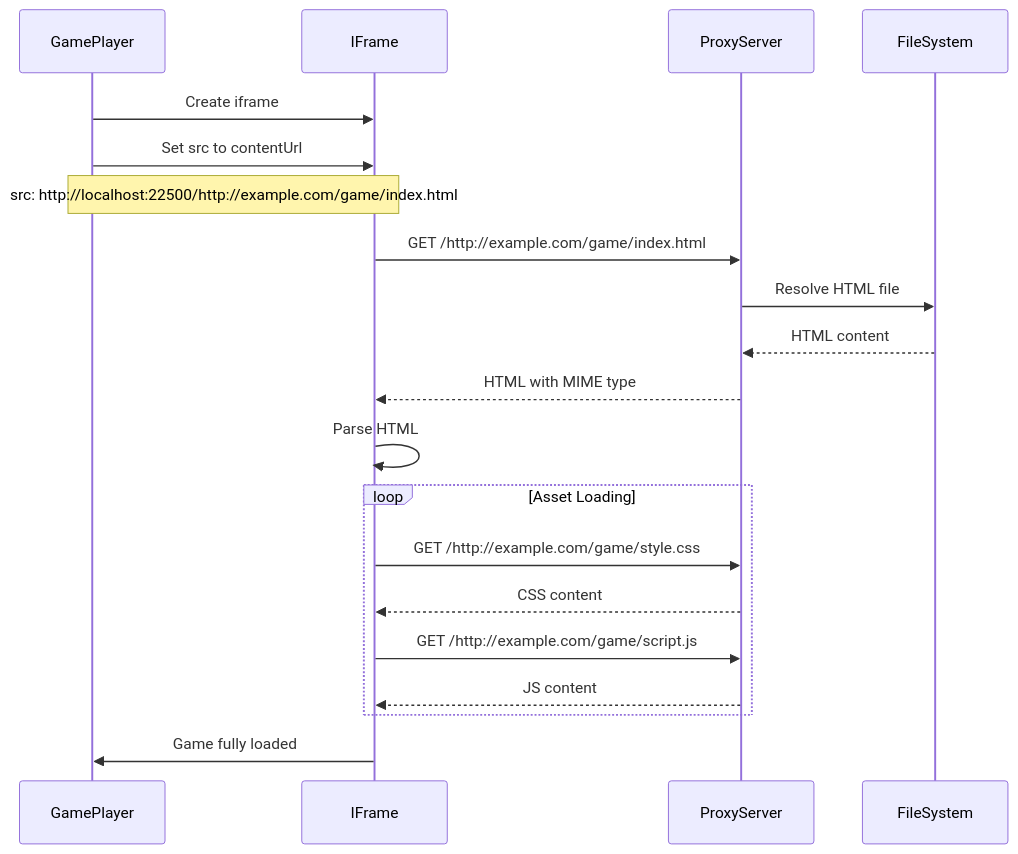
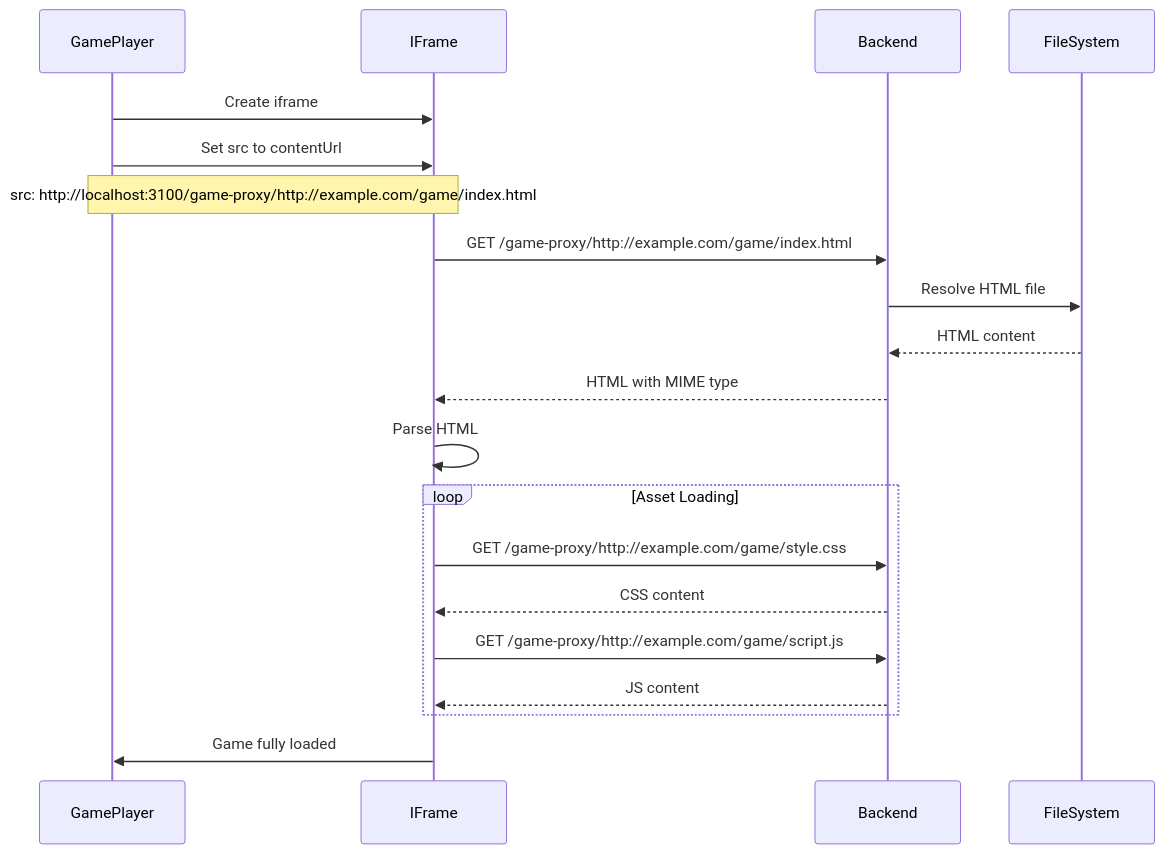
Before and after one commit to darkraise/flashpoint-web: the fifth of 6 diagrams in docs/02-architecture/game-launch-flow.md, drawn with Mermaid. The commit also changed other lines of this file and 252 other files, not shown here.

````diff
--- a/docs/02-architecture/game-launch-flow.md
+++ b/docs/02-architecture/game-launch-flow.md
@@ -253,27 +332,27 @@
 ```mermaid
 sequenceDiagram
     participant GamePlayer
     participant IFrame
-    participant ProxyServer
+    participant Backend
     participant FileSystem
 
     GamePlayer->>IFrame: Create iframe
     GamePlayer->>IFrame: Set src to contentUrl
-    Note over GamePlayer,IFrame: src: http://localhost:22500/http://example.com/game/index.html
+    Note over GamePlayer,IFrame: src: http://localhost:3100/game-proxy/http://example.com/game/index.html
 
-    IFrame->>ProxyServer: GET /http://example.com/game/index.html
-    ProxyServer->>FileSystem: Resolve HTML file
-    FileSystem-->>ProxyServer: HTML content
+    IFrame->>Backend: GET /game-proxy/http://example.com/game/index.html
+    Backend->>FileSystem: Resolve HTML file
+    FileSystem-->>Backend: HTML content
 
-    ProxyServer-->>IFrame: HTML with MIME type
+    Backend-->>IFrame: HTML with MIME type
     IFrame->>IFrame: Parse HTML
 
     loop Asset Loading
-        IFrame->>ProxyServer: GET /http://example.com/game/style.css
-        ProxyServer-->>IFrame: CSS content
-        IFrame->>ProxyServer: GET /http://example.com/game/script.js
-        ProxyServer-->>IFrame: JS content
+        IFrame->>Backend: GET /game-proxy/http://example.com/game/style.css
+        Backend-->>IFrame: CSS content
+        IFrame->>Backend: GET /game-proxy/http://example.com/game/script.js
+        Backend-->>IFrame: JS content
     end
 
     IFrame->>GamePlayer: Game fully loaded
 ```
````
